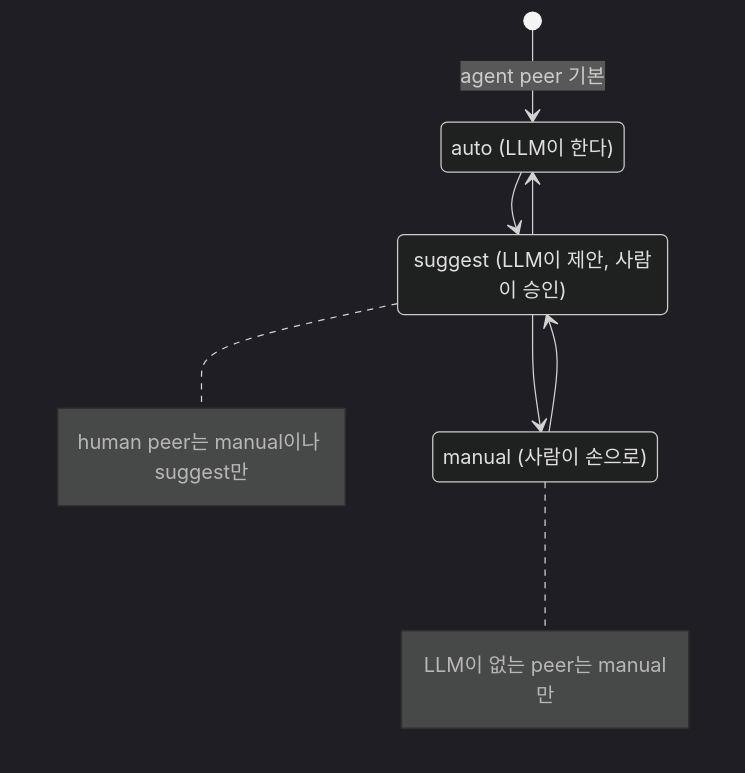
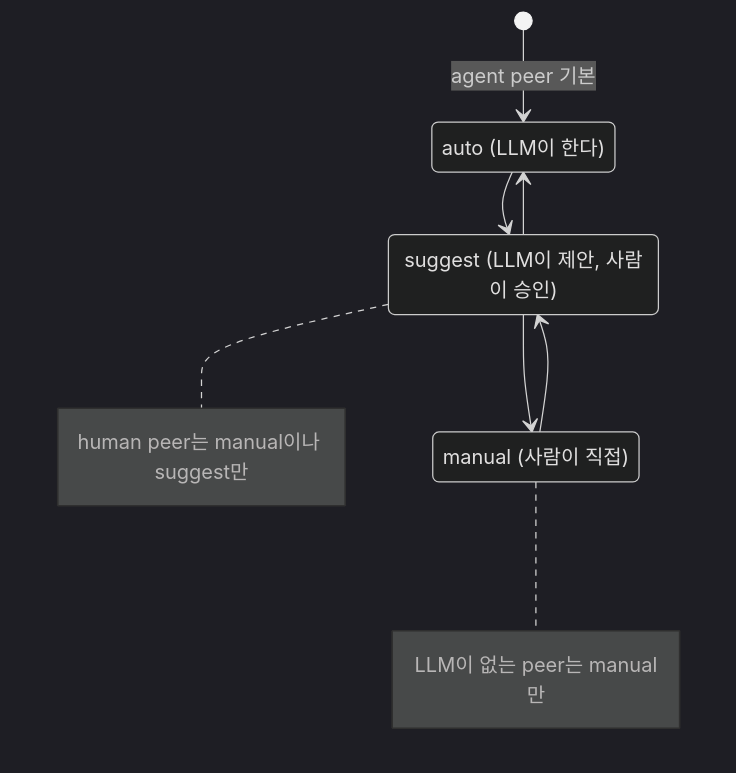
Diagram 19 of 31 in docs/education.md (tanminkwan/share-ur-tokens), drawn with Mermaid (dark theme) before and after one commit. The commit also changed other lines of this file and 27 other files, not shown here.

````diff
--- a/docs/education.md
+++ b/docs/education.md
@@ -461,13 +478,13 @@
 ```mermaid
 stateDiagram-v2
     [*] --> auto: agent peer 기본
     auto: auto (LLM이 한다)
     suggest: suggest (LLM이 제안, 사람이 승인)
-    manual: manual (사람이 손으로)
+    manual: manual (사람이 직접)
     auto --> suggest
     suggest --> manual
     manual --> suggest
     suggest --> auto
     note right of manual: LLM이 없는 peer는 manual만
     note right of suggest: human peer는 manual이나 suggest만
 ```
````
